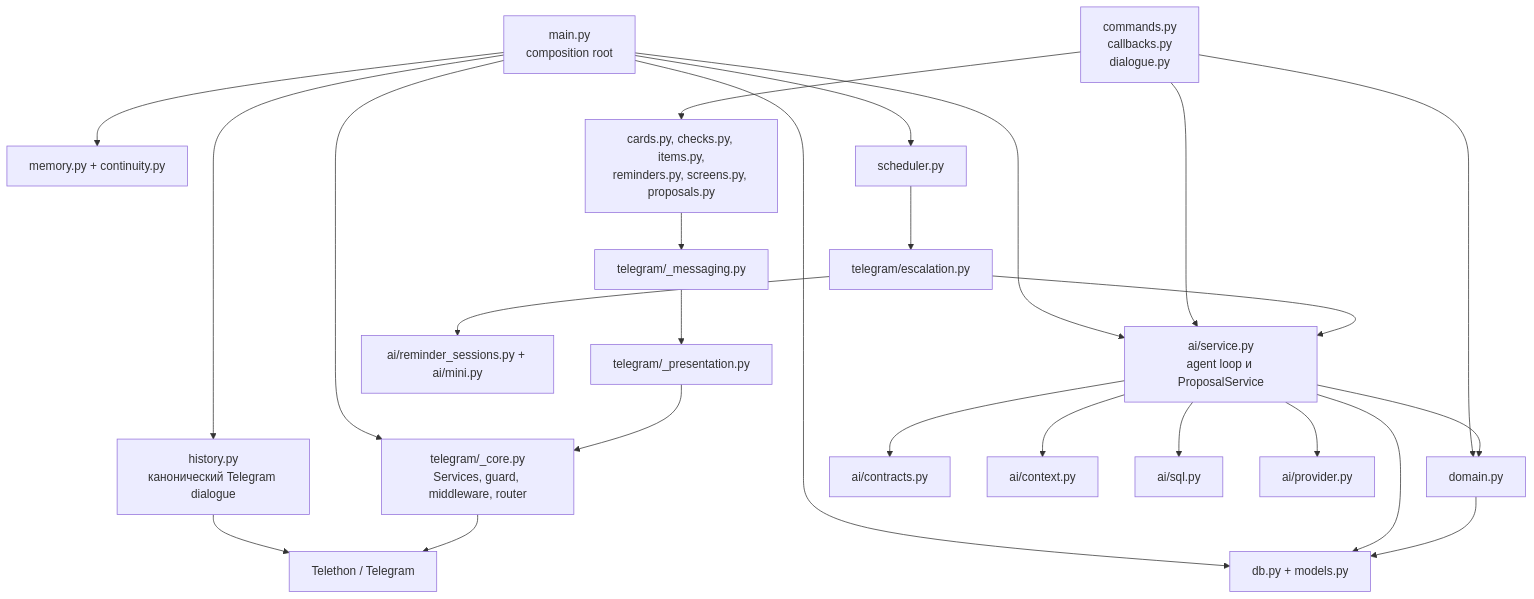
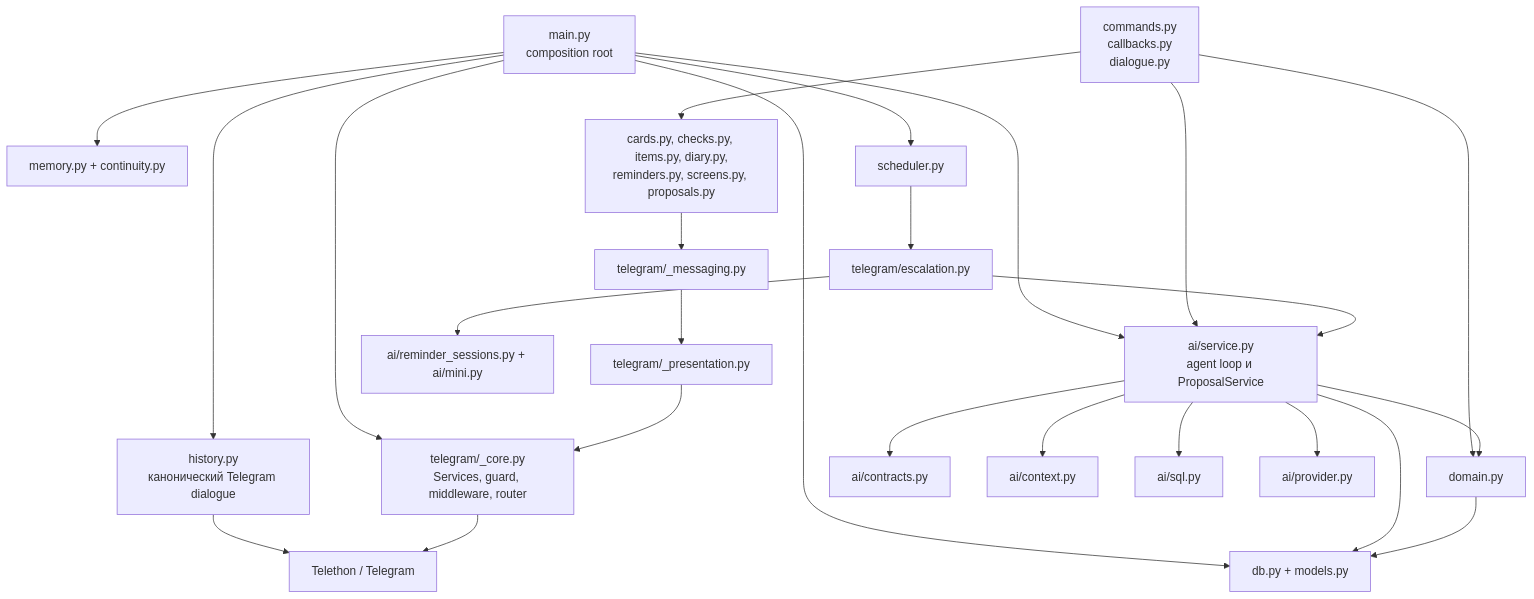
Before and after one commit to myvaheed/tg-ai-safwa: the second of 3 diagrams in docs/diagrams/07-project-architecture.md, drawn with Mermaid. The commit also changed other lines of this file and 24 other files, not shown here.

````diff
--- a/docs/diagrams/07-project-architecture.md
+++ b/docs/diagrams/07-project-architecture.md
@@ -36,30 +36,30 @@
 ```mermaid
 flowchart TD
     MAIN["main.py<br/>composition root"] --> CORE["telegram/_core.py<br/>Services, guard, middleware, router"]
     MAIN --> AIS["ai/service.py<br/>agent loop и ProposalService"]
     MAIN --> HIST["history.py<br/>канонический Telegram dialogue"]
     MAIN --> MEM["memory.py + continuity.py"]
     MAIN --> SCH["scheduler.py"]
     MAIN --> DB["db.py + models.py"]
 
-    HANDLERS["commands.py<br/>callbacks.py<br/>dialogue.py"] --> SCREENS["cards.py, checks.py, items.py,<br/>reminders.py, screens.py, proposals.py"]
+    HANDLERS["commands.py<br/>callbacks.py<br/>dialogue.py"] --> SCREENS["cards.py, checks.py, items.py, diary.py,<br/>reminders.py, screens.py, proposals.py"]
     SCREENS --> MSG["telegram/_messaging.py"]
     MSG --> PRESENT["telegram/_presentation.py"]
     PRESENT --> CORE
     HANDLERS --> AIS
     HANDLERS --> DOMAIN["domain.py"]
 
     AIS --> CONTRACTS["ai/contracts.py"]
     AIS --> CONTEXT["ai/context.py"]
     AIS --> SQL["ai/sql.py"]
     AIS --> PROVIDER["ai/provider.py"]
     AIS --> DOMAIN
     AIS --> DB
 
     SCH --> ESC["telegram/escalation.py"]
     ESC --> MINI["ai/reminder_sessions.py + ai/mini.py"]
     ESC --> AIS
     HIST --> TG["Telethon / Telegram"]
     CORE --> TG
     DOMAIN --> DB
 ```
````
